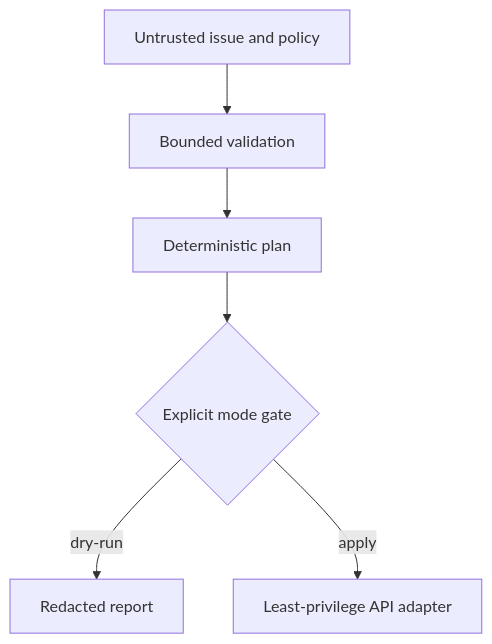
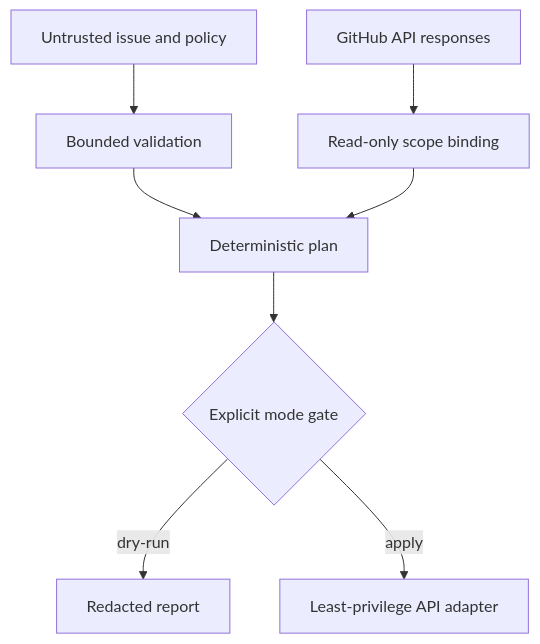
The diagram in docs/security/threat-model.md (nomed/yukh-projects), drawn with Mermaid before and after one commit. The commit also changed other lines of this file and 3 other files, not shown here.

Commit message:
Specify bounded read-only GitHub adapter (#19)

```diff
--- a/docs/security/threat-model.md
+++ b/docs/security/threat-model.md
@@ -20,8 +20,10 @@
 ~~~mermaid
 flowchart TB
     U["Untrusted issue and policy"] --> V["Bounded validation"]
     V --> P["Deterministic plan"]
+    H["GitHub API responses"] --> B["Read-only scope binding"]
+    B --> P
     P --> G{"Explicit mode gate"}
     G -->|dry-run| R["Redacted report"]
     G -->|apply| A["Least-privilege API adapter"]
 ~~~
```
